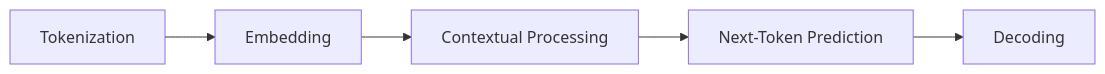
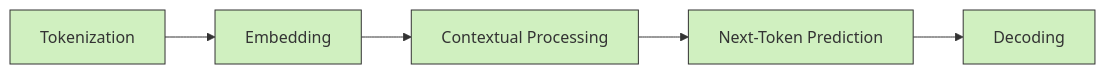
The third of 4 diagrams in README.md (scthornton/AI-Neural-Networks-LLMs), drawn with Mermaid before and after one commit. The commit also changed other lines of this file, not shown here.

````diff
--- a/README.md
+++ b/README.md
@@ -260,7 +320,13 @@
 ```mermaid
-graph LR
+flowchart LR
     A[Tokenization] --> B[Embedding]
     B --> C[Contextual Processing]
     C --> D[Next-Token Prediction]
     D --> E[Decoding]
+    
+    style A fill:#d0f0c0,stroke:#333,stroke-width:1px
+    style B fill:#d0f0c0,stroke:#333,stroke-width:1px
+    style C fill:#d0f0c0,stroke:#333,stroke-width:1px
+    style D fill:#d0f0c0,stroke:#333,stroke-width:1px
+    style E fill:#d0f0c0,stroke:#333,stroke-width:1px
 ```
````
